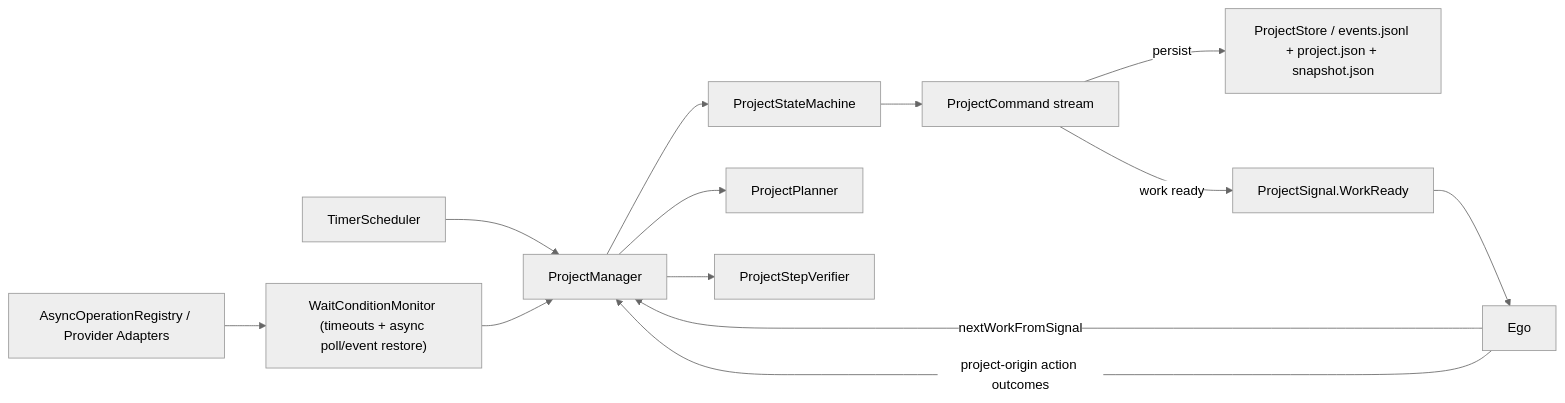
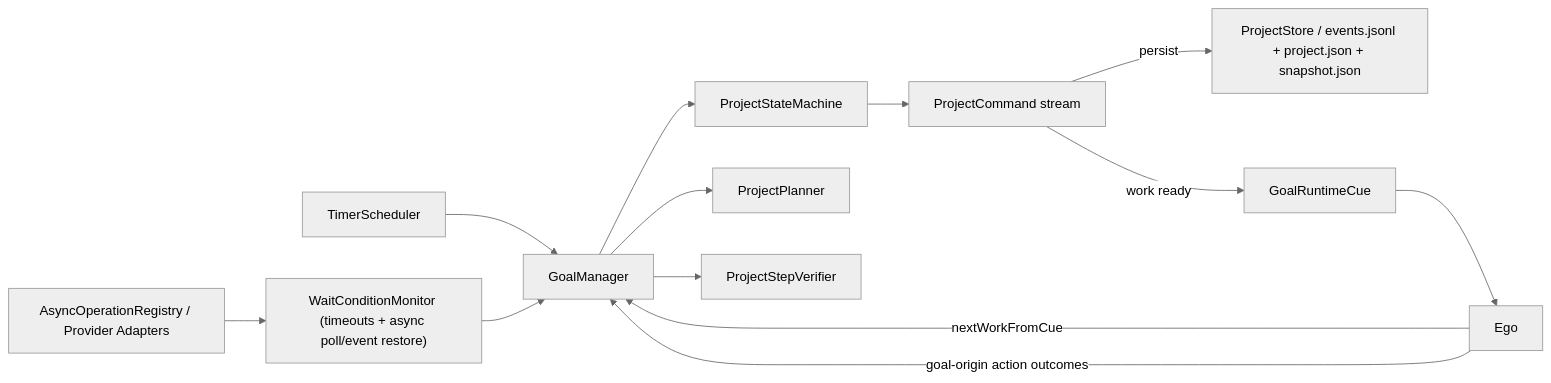
The third of 7 diagrams in AGENT_LOGIC_DIAGRAM.md (neopsyke/NeoPsyke), drawn with Mermaid (neutral theme) before and after one commit. The commit also changed other lines of this file and 19 other files, not shown here.

First line of the commit message:
refactor(runtime): align final architecture surface with goals and opportunities

````diff
--- a/AGENT_LOGIC_DIAGRAM.md
+++ b/AGENT_LOGIC_DIAGRAM.md
@@ -212,15 +212,15 @@
 ```mermaid
 flowchart LR
-    TS["TimerScheduler"] --> PM["ProjectManager"]
+    TS["TimerScheduler"] --> PM["GoalManager"]
     WM["WaitConditionMonitor (timeouts + async poll/event restore)"] --> PM
     AOR["AsyncOperationRegistry / Provider Adapters"] --> WM
     PM --> PSM["ProjectStateMachine"]
     PM --> PP["ProjectPlanner"]
     PM --> PV["ProjectStepVerifier"]
     PSM --> PCS["ProjectCommand stream"]
     PCS -->|persist| Store["ProjectStore / events.jsonl + project.json + snapshot.json"]
-    PCS -->|work ready| Sig["ProjectSignal.WorkReady"]
+    PCS -->|work ready| Sig["GoalRuntimeCue"]
     Sig --> Ego["Ego"]
-    Ego -->|nextWorkFromSignal| PM
-    Ego -->|project-origin action outcomes| PM
+    Ego -->|nextWorkFromCue| PM
+    Ego -->|goal-origin action outcomes| PM
 ```
````
